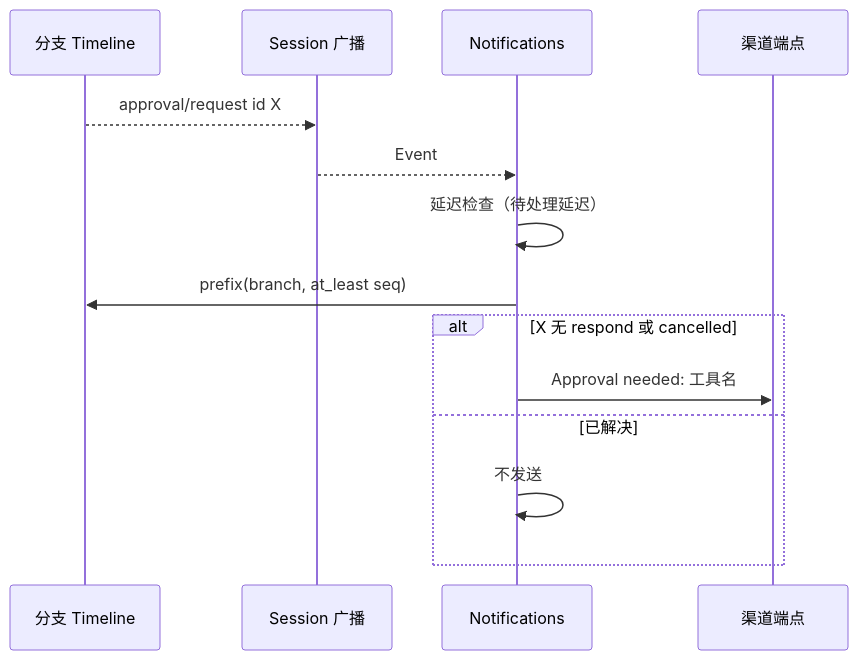
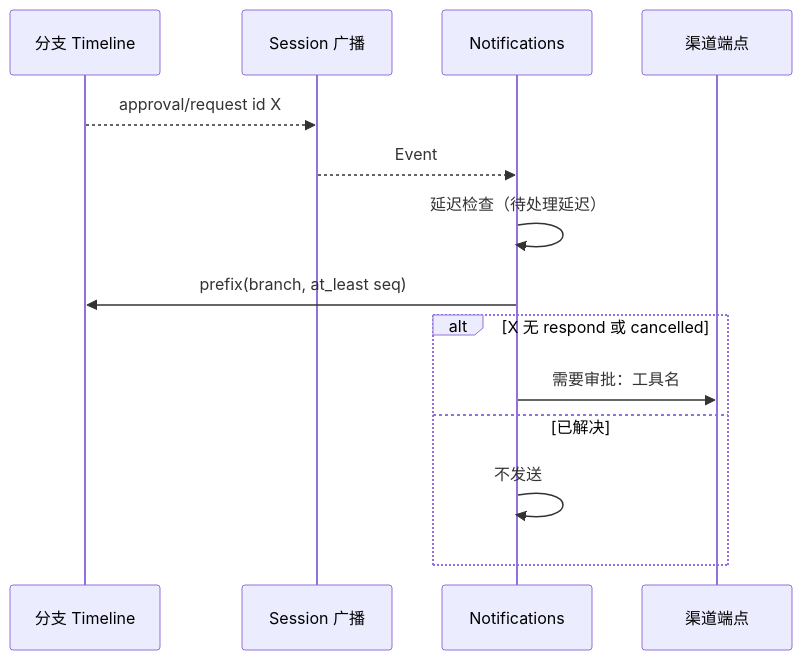
The fourth of 6 diagrams in docs/zh/design/plugins/Notifications.md (CoutinhoTTS/dim-agent), drawn with Mermaid before and after one commit. The commit also changed other lines of this file and 18 other files, not shown here.

````diff
--- a/docs/zh/design/plugins/Notifications.md
+++ b/docs/zh/design/plugins/Notifications.md
@@ -90,16 +90,16 @@
 ```mermaid
 sequenceDiagram
   participant TL as 分支 Timeline
   participant SB as Session 广播
   participant NP as Notifications
   participant CH as 渠道端点
   TL-->>SB: approval/request id X
   SB-->>NP: Event
   NP->>NP: 延迟检查（待处理延迟）
   NP->>TL: prefix(branch, at_least seq)
   alt X 无 respond 或 cancelled
-    NP->>CH: Approval needed: 工具名
+    NP->>CH: 需要审批：工具名
   else 已解决
     NP->>NP: 不发送
   end
 ```
````
